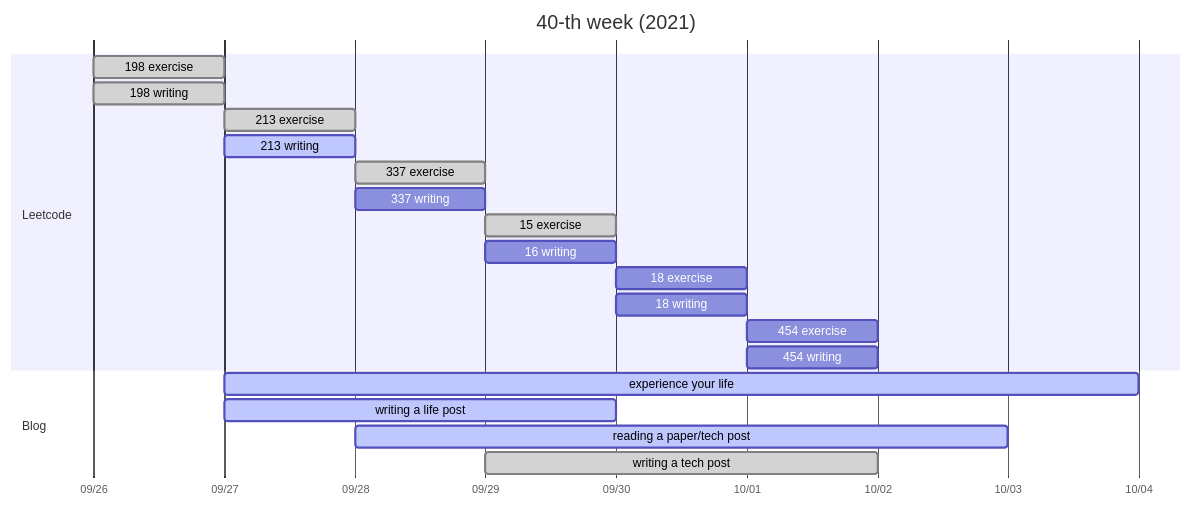
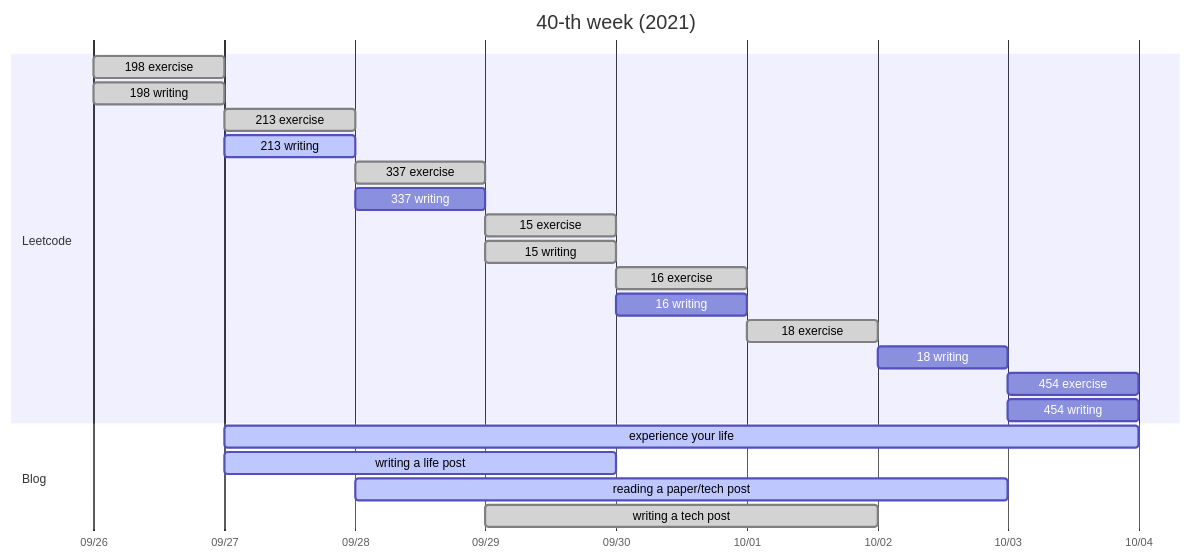
The diagram in _posts/2021-09-27-40th-weekly-progress.md (michaelmoju/allenyummy.github.io), drawn with Mermaid before and after one commit.

Commit message:
[modified] 2021-09-27-40th-weekly-progress.md

````diff
--- a/_posts/2021-09-27-40th-weekly-progress.md
+++ b/_posts/2021-09-27-40th-weekly-progress.md
@@ -23,26 +23,28 @@
 ```mermaid
 gantt
     title 40-th week (2021)
     dateFormat  YYYY-MM-DD
     axisFormat  %m/%d
 
     section Leetcode
     198 exercise       : done  , L1, 2021-09-26, 1d
     198 writing        : done  , L2, 2021-09-26, 1d
     213 exercise       : done  , L3, 2021-09-27, 1d
     213 writing        : active, L4, 2021-09-27, 1d
     337 exercise       : done  , L5, 2021-09-28, 1d
     337 writing        :         L6, 2021-09-28, 1d
     15  exercise       : done  , L7, 2021-09-29, 1d
-    16  writing        :         L8, 2021-09-29, 1d
-    18  exercise       :         L9, 2021-09-30, 1d
-    18  writing        :         L10,2021-09-30, 1d
-    454 exercise       :         L11,2021-10-01, 1d
-    454 writing        :         L12,2021-10-01, 1d
+    15  writing        : done  , L8, 2021-09-29, 1d
+    16  exercise       : done  , L9, 2021-09-30, 1d
+    16  writing        :         L10,2021-09-30, 1d
+    18  exercise       : done  , L11,2021-10-01, 1d
+    18  writing        :         L12,2021-10-02, 1d
+    454 exercise       :         L13,2021-10-03, 1d
+    454 writing        :         L14,2021-10-03, 1d
 
     section Blog
     experience your life: active, B1, 2021-09-27, 7d
     writing a life post : active, B2, 2021-09-27, 3d
     reading a paper/tech post: active, B3, 2021-09-28, 5d
     writing a tech post : done  , B4, 2021-09-29, 3d
 ```
````
